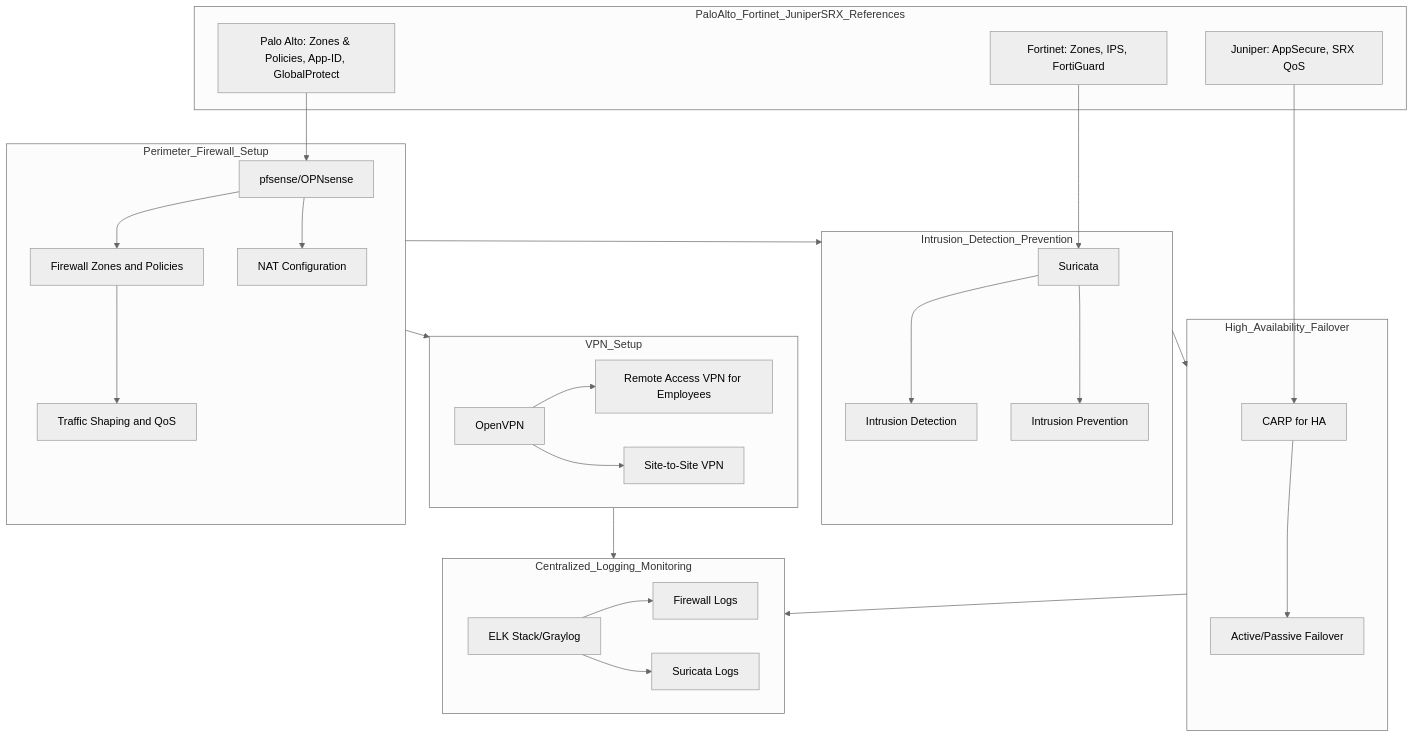
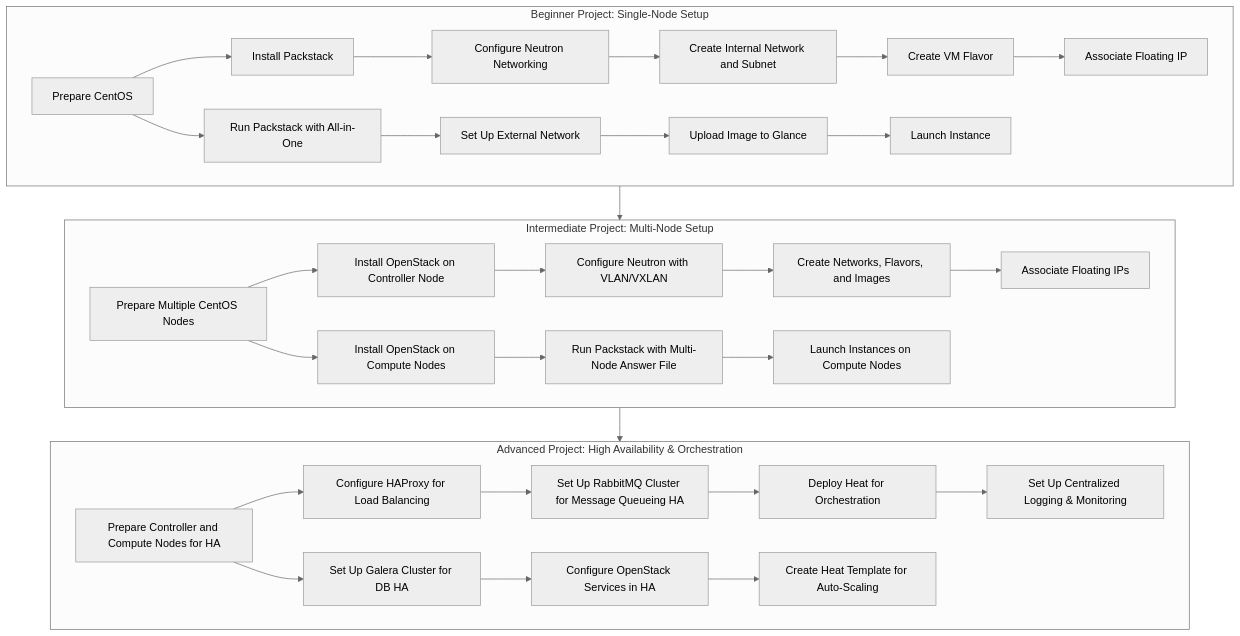
The diagram in README.md (danielamoh1/OpenStack-Setup-Testing), drawn with Mermaid (neutral theme) before and after one commit.

````diff
--- a/README.md
+++ b/README.md
@@ -8,47 +8,42 @@
 ```mermaid
 flowchart TD;
 
-    %% Grouping the firewall functionalities under one subgraph
-    subgraph Perimeter_Firewall_Setup
-        A1[pfsense/OPNsense] --> B1[Firewall Zones and Policies]
-        A1 --> C1[NAT Configuration]
-        B1 --> D1[Traffic Shaping and QoS]
+    %% Beginner Project: Single-Node OpenStack Setup
+    subgraph Beginner_Project["Beginner Project: Single-Node Setup"]
+        A1[Prepare CentOS] --> B1[Install Packstack]
+        A1 --> C1[Run Packstack with All-in-One]
+        B1 --> D1[Configure Neutron Networking]
+        C1 --> E1[Set Up External Network]
+        D1 --> F1[Create Internal Network and Subnet]
+        E1 --> G1[Upload Image to Glance]
+        F1 --> H1[Create VM Flavor]
+        G1 --> I1[Launch Instance]
+        H1 --> J1[Associate Floating IP]
     end
 
-    %% IDS/IPS section using Suricata
-    subgraph Intrusion_Detection_Prevention
-        A2[Suricata] --> B2[Intrusion Detection]
-        A2 --> C2[Intrusion Prevention]
-    end
-    
-    %% VPN and Remote Access section using OpenVPN
-    subgraph VPN_Setup
-        A3[OpenVPN] --> B3[Remote Access VPN for Employees]
-        A3 --> C3[Site-to-Site VPN]
+    %% Intermediate Project: Multi-Node OpenStack Setup
+    subgraph Intermediate_Project["Intermediate Project: Multi-Node Setup"]
+        A2[Prepare Multiple CentOS Nodes] --> B2[Install OpenStack on Controller Node]
+        A2 --> C2[Install OpenStack on Compute Nodes]
+        B2 --> D2[Configure Neutron with VLAN/VXLAN]
+        C2 --> E2[Run Packstack with Multi-Node Answer File]
+        D2 --> F2[Create Networks, Flavors, and Images]
+        E2 --> G2[Launch Instances on Compute Nodes]
+        F2 --> H2[Associate Floating IPs]
     end
 
-    %% High Availability setup using CARP
-    subgraph High_Availability_Failover
-        A4[CARP for HA] --> B4[Active/Passive Failover]
-    end
-    
-    %% Centralized logging and monitoring using ELK stack or Graylog
-    subgraph Centralized_Logging_Monitoring
-        A5[ELK Stack/Graylog] --> B5[Firewall Logs]
-        A5 --> C5[Suricata Logs]
+    %% Advanced Project: High Availability & Orchestration
+    subgraph Advanced_Project["Advanced Project: High Availability & Orchestration"]
+        A3[Prepare Controller and Compute Nodes for HA] --> B3[Configure HAProxy for Load Balancing]
+        A3 --> C3[Set Up Galera Cluster for DB HA]
+        B3 --> D3[Set Up RabbitMQ Cluster for Message Queueing HA]
+        C3 --> E3[Configure OpenStack Services in HA]
+        D3 --> F3[Deploy Heat for Orchestration]
+        E3 --> G3[Create Heat Template for Auto-Scaling]
+        F3 --> H3[Set Up Centralized Logging & Monitoring]
     end
 
-    %% Connecting Components together
-    Perimeter_Firewall_Setup --> Intrusion_Detection_Prevention
-    Perimeter_Firewall_Setup --> VPN_Setup
-    Intrusion_Detection_Prevention --> High_Availability_Failover
-    VPN_Setup --> Centralized_Logging_Monitoring
-    High_Availability_Failover --> Centralized_Logging_Monitoring
-
-    %% Labeling references for proprietary solutions
-    subgraph PaloAlto_Fortinet_JuniperSRX_References
-        X1[Palo Alto: Zones & Policies, App-ID, GlobalProtect] --> A1
-        X2[Fortinet: Zones, IPS, FortiGuard] --> A2
-        X3[Juniper: AppSecure, SRX QoS] --> A4
-    end
+    %% Connecting Projects Together
+    Beginner_Project --> Intermediate_Project
+    Intermediate_Project --> Advanced_Project
 ```
````
